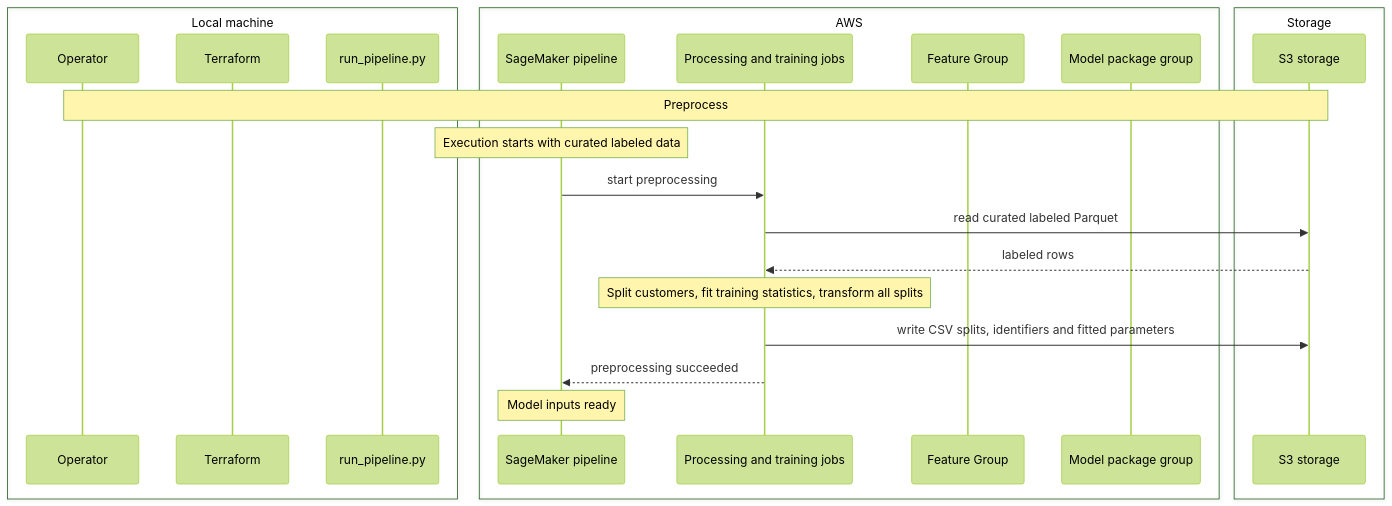
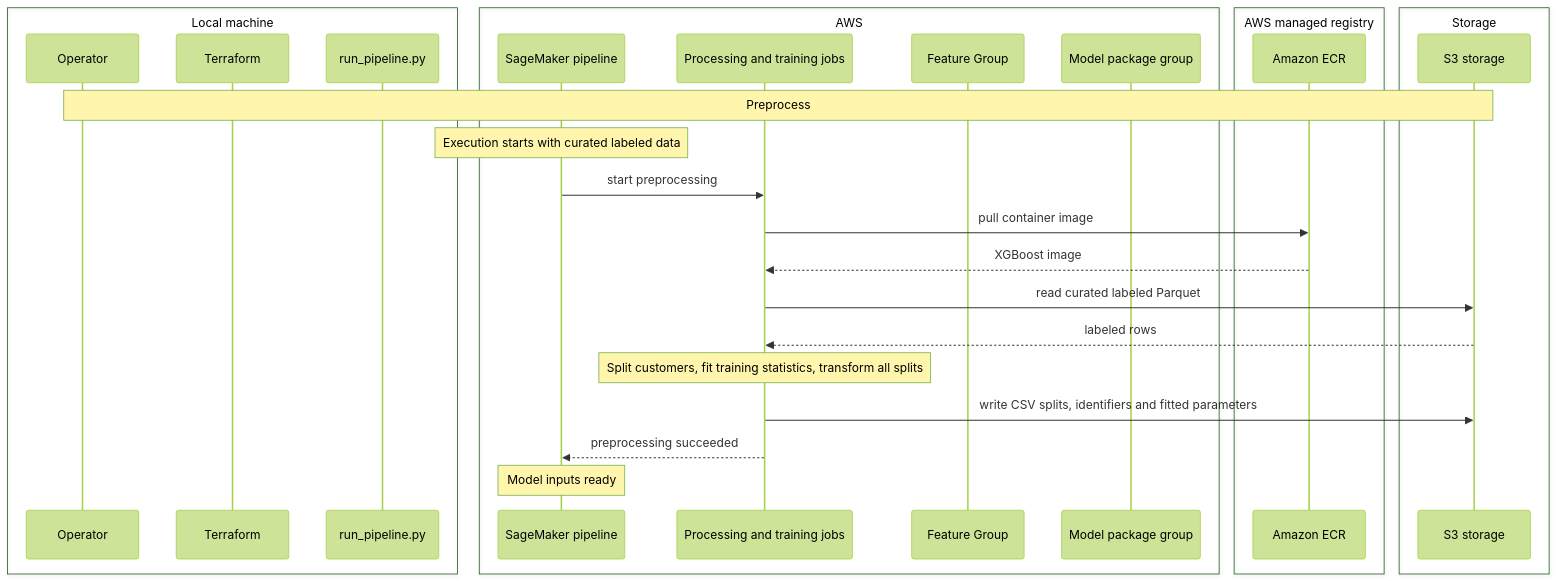
Before and after one commit to MaximeBoulat/customer-churn-pipeline: the diagram in Documentation/Pipeline/Children/Pipeline/Resources/SequenceDiagram_Action_2.md, drawn with Mermaid (forest theme). The commit also changed 8 other files, not shown here.

````diff
--- a/Documentation/Pipeline/Children/Pipeline/Resources/SequenceDiagram_Action_2.md
+++ b/Documentation/Pipeline/Children/Pipeline/Resources/SequenceDiagram_Action_2.md
@@ -1,26 +1,31 @@
 ```mermaid
 sequenceDiagram
     box Local machine
         participant Operator
         participant Terraform
         participant Launcher as run_pipeline.py
     end
     box AWS
         participant Pipeline as SageMaker pipeline
         participant Jobs as Processing and training jobs
         participant Group as Feature Group
         participant Registry as Model package group
     end
+    box AWS managed registry
+        participant ECR as Amazon ECR
+    end
     box Storage
         participant S3 as S3 storage
     end
     Note over Operator,S3: Preprocess
     Note over Pipeline: Execution starts with curated labeled data
     Pipeline->>Jobs: start preprocessing
+    Jobs->>ECR: pull container image
+    ECR-->>Jobs: XGBoost image
     Jobs->>S3: read curated labeled Parquet
     S3-->>Jobs: labeled rows
     Note over Jobs: Split customers, fit training statistics, transform all splits
     Jobs->>S3: write CSV splits, identifiers and fitted parameters
     Jobs-->>Pipeline: preprocessing succeeded
     Note over Pipeline: Model inputs ready
 ```
````
